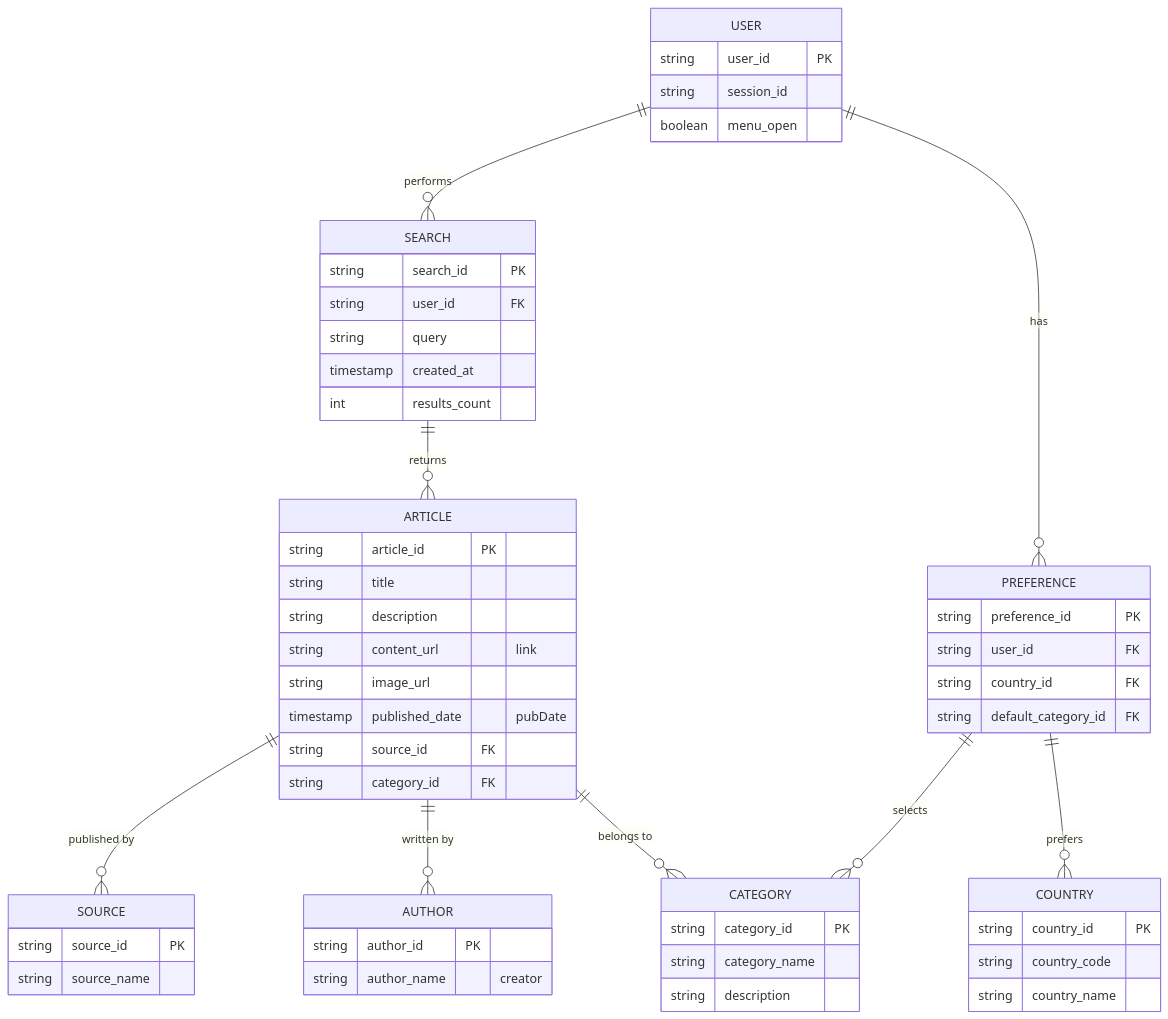
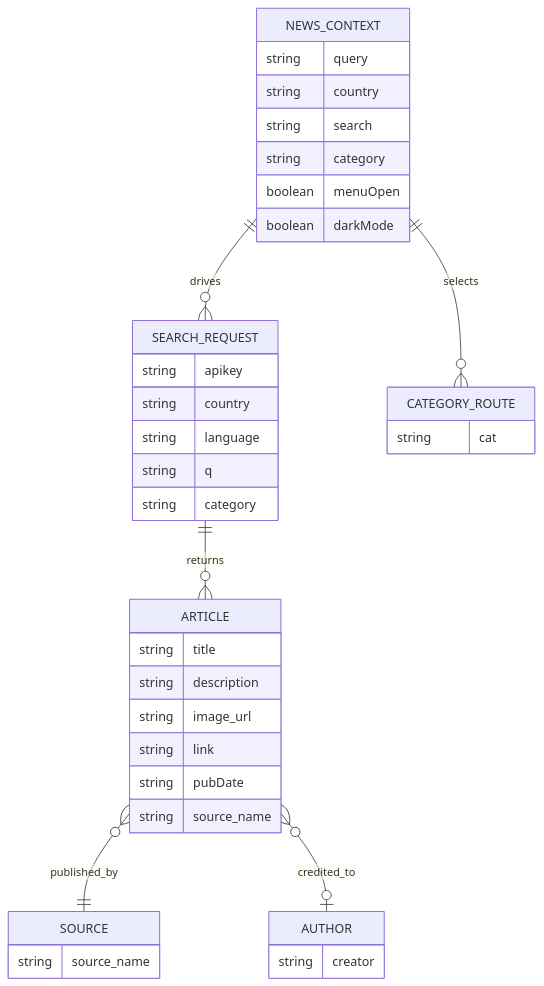
One commit to vikas-kumar-git/NewsLens changed the diagram in ER_DIAGRAM.md. Above: the diagram before and after it, drawn with Mermaid. The commit also changed other lines of this file and 3 other files, not shown here.

````diff
--- a/ER_DIAGRAM.md
+++ b/ER_DIAGRAM.md
@@ -5,65 +7,46 @@
 ```mermaid
 erDiagram
-    USER ||--o{ SEARCH : performs
-    USER ||--o{ PREFERENCE : has
-    SEARCH ||--o{ ARTICLE : returns
-    PREFERENCE ||--o{ CATEGORY : selects
-    PREFERENCE ||--o{ COUNTRY : prefers
-    ARTICLE ||--o{ SOURCE : "published by"
-    ARTICLE ||--o{ AUTHOR : "written by"
-    ARTICLE ||--o{ CATEGORY : "belongs to"
+    NEWS_CONTEXT ||--o{ SEARCH_REQUEST : drives
+    NEWS_CONTEXT ||--o{ CATEGORY_ROUTE : selects
+    SEARCH_REQUEST ||--o{ ARTICLE : returns
+    ARTICLE }o--|| SOURCE : published_by
+    ARTICLE }o--o| AUTHOR : credited_to
 
-    USER {
-        string user_id PK
-        string session_id
-        boolean menu_open
+    NEWS_CONTEXT {
+        string query
+        string country
+        string search
+        string category
+        boolean menuOpen
+        boolean darkMode
     }
 
-    SEARCH {
-        string search_id PK
-        string user_id FK
-        string query
-        timestamp created_at
-        int results_count
+    CATEGORY_ROUTE {
+        string cat
+    }
+
+    SEARCH_REQUEST {
+        string apikey
+        string country
+        string language
+        string q
+        string category
     }
 
     ARTICLE {
-        string article_id PK
         string title
         string description
-        string content_url "link"
         string image_url
-        timestamp published_date "pubDate"
-        string source_id FK
-        string category_id FK
-    }
-
-    SOURCE {
-        string source_id PK
+        string link
+        string pubDate
         string source_name
     }
 
     AUTHOR {
-        string author_id PK
-        string author_name "creator"
+        string creator
     }
 
-    CATEGORY {
-        string category_id PK
-        string category_name
-        string description
-    }
-
-    COUNTRY {
-        string country_id PK
-        string country_code
-        string country_name
-    }
-
-    PREFERENCE {
-        string preference_id PK
-        string user_id FK
-        string country_id FK
-        string default_category_id FK
+    SOURCE {
+        string source_name
     }
 ```
````
